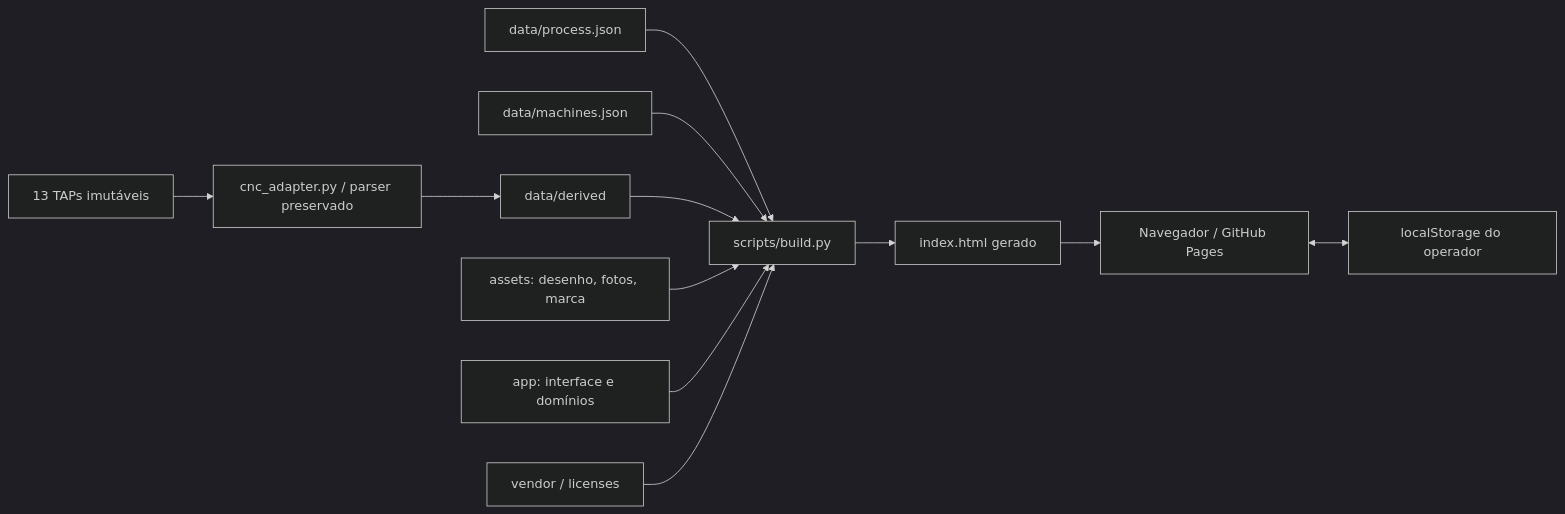
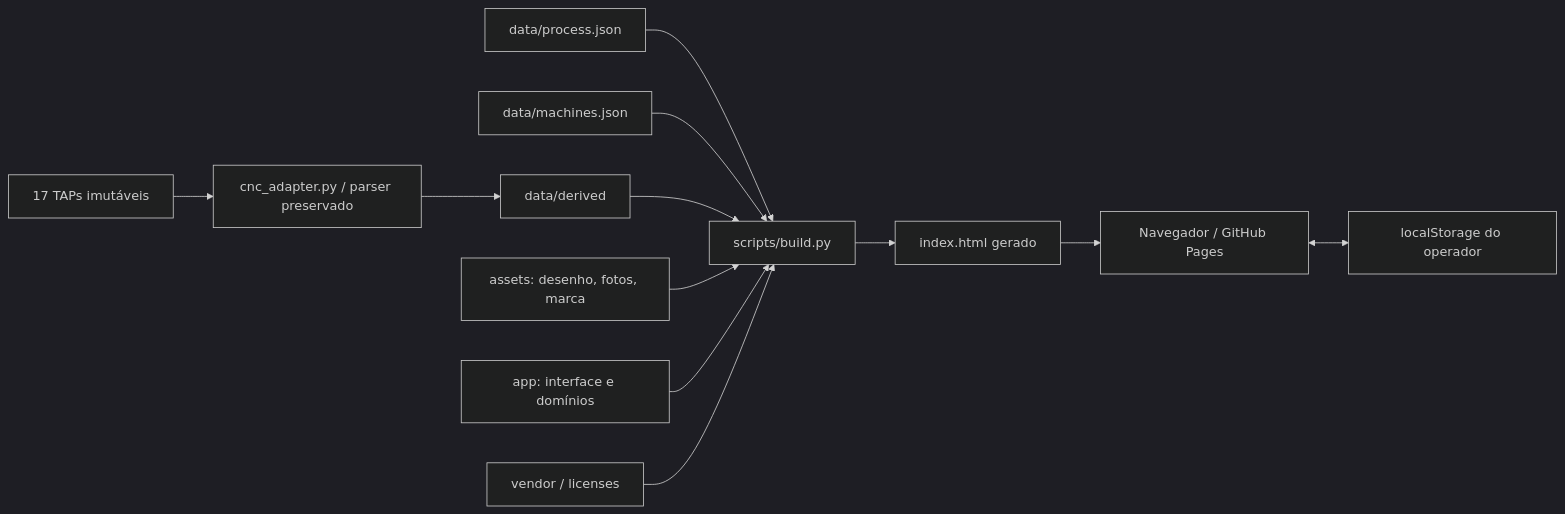
The diagram in docs/arquitetura.md (gustavodemelomartins-hub/processo-columbia-machine), drawn with Mermaid (dark theme) before and after one commit. The commit also changed 29 other files, not shown here.

````diff
--- a/docs/arquitetura.md
+++ b/docs/arquitetura.md
@@ -5,14 +5,14 @@
 ```mermaid
 flowchart LR
-  TAP[13 TAPs imutáveis] --> Parser[cnc_adapter.py / parser preservado]
+  TAP[17 TAPs imutáveis] --> Parser[cnc_adapter.py / parser preservado]
   Parser --> Derivados[data/derived]
   Processo[data/process.json] --> Build[scripts/build.py]
   Maquina[data/machines.json] --> Build
   Derivados --> Build
   Assets[assets: desenho, fotos, marca] --> Build
   App[app: interface e domínios] --> Build
   Vendor[vendor / licenses] --> Build
   Build --> HTML[index.html gerado]
   HTML --> Browser[Navegador / GitHub Pages]
   Browser <--> Estado[localStorage do operador]
 ```
````
